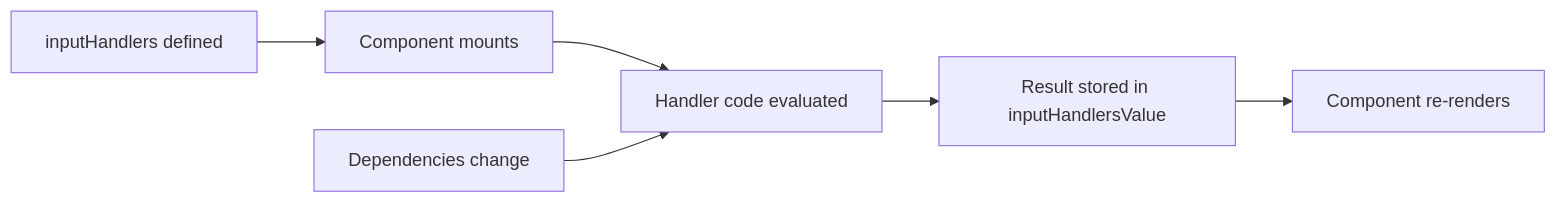
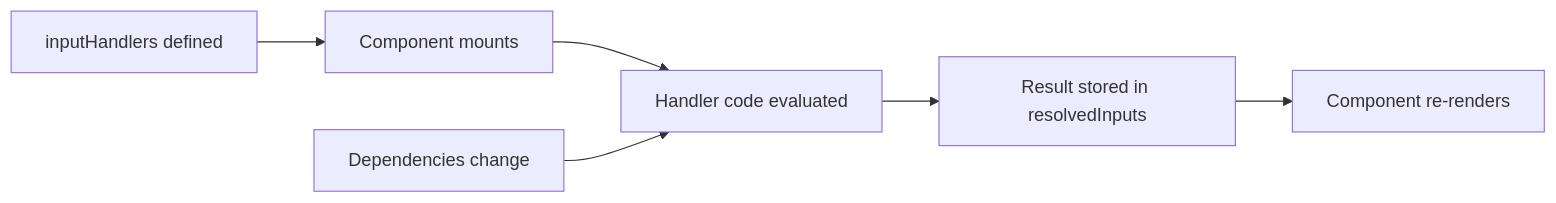
The first of 2 diagrams in docs/components/text-input.md (Nuralyio/docs), drawn with Mermaid before and after one commit. The commit also changed 1 other file, not shown here.

Commit message:
Update documentation to replace 'inputHandlersValue' with 'resolvedInputs' for clarity in evaluation process

````diff
--- a/docs/components/text-input.md
+++ b/docs/components/text-input.md
@@ -63,8 +63,8 @@
 ```mermaid
 graph LR
     A["inputHandlers defined"] --> B["Component mounts"]
     B --> C["Handler code evaluated"]
-    C --> D["Result stored in inputHandlersValue"]
+    C --> D["Result stored in resolvedInputs"]
     D --> E["Component re-renders"]
     F["Dependencies change"] --> C
 ```
````
